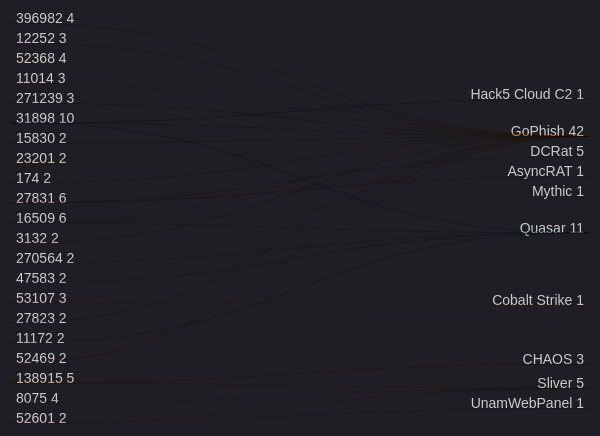
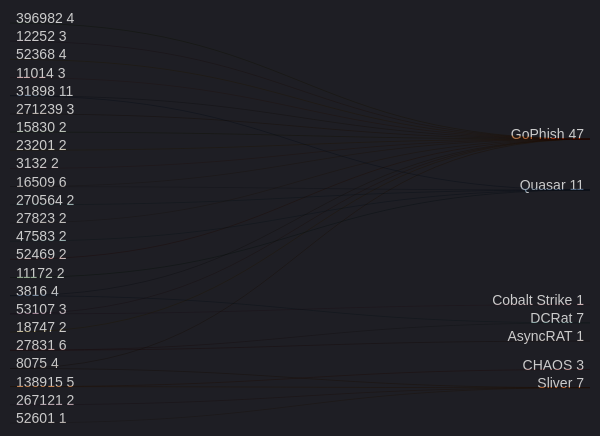
The sixth of 8 diagrams in zolim.md (ZoqueLabs/website), drawn with Mermaid before and after one commit. The commit also changed other lines of this file, not shown here.

````diff
--- a/zolim.md
+++ b/zolim.md
@@ -154,38 +154,38 @@
 ```mermaid
 ---
 config:
   theme: dark
 ---
 %% ASN → Threat (top)
 sankey-beta
-  31898,GoPhish,7
+  31898,GoPhish,9
   27831,DCRat,5
   396982,GoPhish,4
   52368,GoPhish,4
   12252,GoPhish,3
   11014,GoPhish,3
   271239,GoPhish,3
+  16509,GoPhish,3
   16509,Quasar,3
   138915,CHAOS,3
   270564,Quasar,2
   15830,GoPhish,2
   23201,GoPhish,2
-  174,GoPhish,2
   53107,GoPhish,2
   3132,GoPhish,2
   8075,GoPhish,2
-  16509,GoPhish,2
   27823,GoPhish,2
+  3816,GoPhish,2
   138915,Sliver,2
   52469,GoPhish,2
   47583,Quasar,2
   11172,Quasar,2
   31898,Quasar,2
+  3816,DCRat,2
+  18747,GoPhish,2
+  267121,Sliver,2
   8075,Sliver,2
   53107,Cobalt Strike,1
   27831,AsyncRAT,1
   52601,Sliver,1
-  52601,UnamWebPanel,1
-  16509,Mythic,1
-  31898,Hack5 Cloud C2,1
 ```
````
